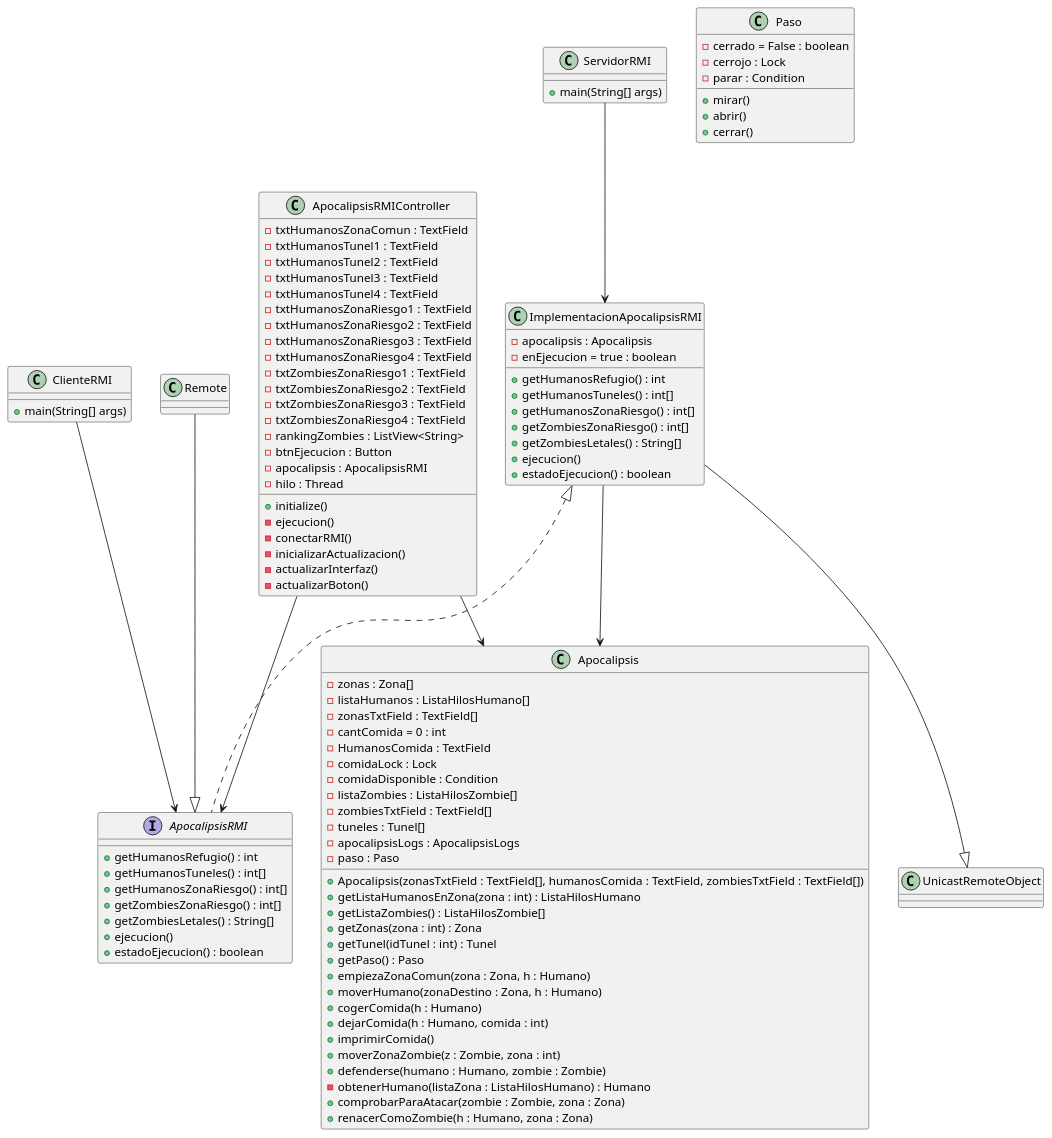
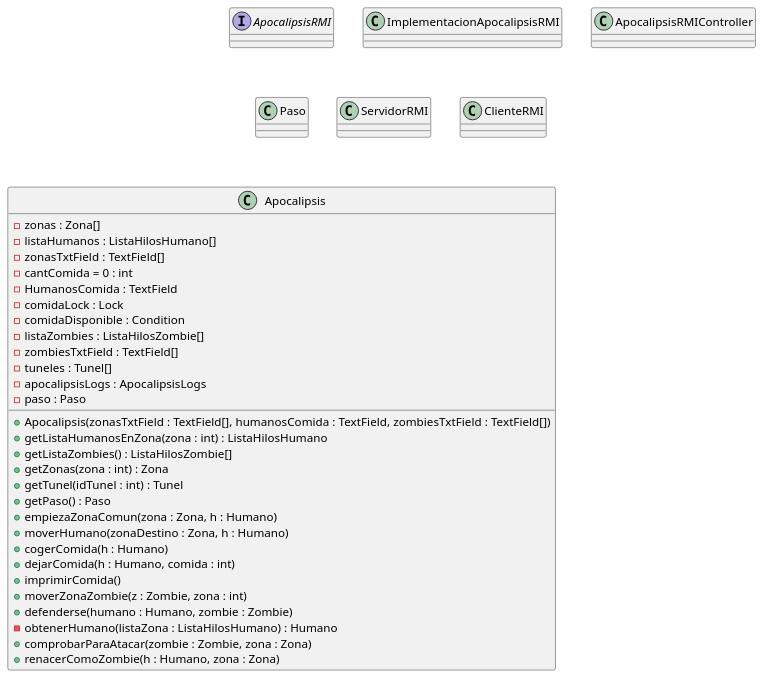
Before and after one commit to candelasanzm/PECL_CandelaSanz_Maria: the diagram in DiagramaDeClasesParte2.puml, drawn with PlantUML. The commit also changed 7 other files, not shown here.

```diff
--- a/DiagramaDeClasesParte2.puml
+++ b/DiagramaDeClasesParte2.puml
@@ -1,118 +1,50 @@
 @startuml
 'https://plantuml.com/class-diagram
 
 interface ApocalipsisRMI
 class ImplementacionApocalipsisRMI
 class ApocalipsisRMIController
 class Paso
 class ServidorRMI
 class ClienteRMI
 class Apocalipsis
 
-interface ApocalipsisRMI{
-+getHumanosRefugio() : int
-+getHumanosTuneles() : int[]
-+getHumanosZonaRiesgo() : int[]
-+getZombiesZonaRiesgo() : int[]
-+getZombiesLetales() : String[]
-+ejecucion()
-+estadoEjecucion() : boolean
-}
 
-class ImplementacionApocalipsisRMI{
--apocalipsis : Apocalipsis
--enEjecucion = true : boolean
-+getHumanosRefugio() : int
-+getHumanosTuneles() : int[]
-+getHumanosZonaRiesgo() : int[]
-+getZombiesZonaRiesgo() : int[]
-+getZombiesLetales() : String[]
-+ejecucion()
-+estadoEjecucion() : boolean
-}
 
-class ApocalipsisRMIController {
--txtHumanosZonaComun : TextField
--txtHumanosTunel1 : TextField
--txtHumanosTunel2 : TextField
--txtHumanosTunel3 : TextField
--txtHumanosTunel4 : TextField
--txtHumanosZonaRiesgo1 : TextField
--txtHumanosZonaRiesgo2 : TextField
--txtHumanosZonaRiesgo3 : TextField
--txtHumanosZonaRiesgo4 : TextField
--txtZombiesZonaRiesgo1 : TextField
--txtZombiesZonaRiesgo2 : TextField
--txtZombiesZonaRiesgo3 : TextField
--txtZombiesZonaRiesgo4 : TextField
--rankingZombies : ListView<String>
--btnEjecucion : Button
--apocalipsis : ApocalipsisRMI
--hilo : Thread
-+initialize()
--ejecucion()
--conectarRMI()
--inicializarActualizacion()
--actualizarInterfaz()
--actualizarBoton()
-}
 
-class Paso {
--cerrado = False : boolean
--cerrojo : Lock
--parar : Condition
-+mirar()
-+abrir()
-+cerrar()
-}
-
-class ServidorRMI {
-+main(String[] args)
-}
-
-class ClienteRMI {
-+main(String[] args)
-}
 
 class Apocalipsis{
 -zonas : Zona[]
 -listaHumanos : ListaHilosHumano[]
 -zonasTxtField : TextField[]
 -cantComida = 0 : int
 -HumanosComida : TextField
 -comidaLock : Lock
 -comidaDisponible : Condition
 -listaZombies : ListaHilosZombie[]
 -zombiesTxtField : TextField[]
 -tuneles : Tunel[]
 -apocalipsisLogs : ApocalipsisLogs
 -paso : Paso
 
 +Apocalipsis(zonasTxtField : TextField[], humanosComida : TextField, zombiesTxtField : TextField[])
 +getListaHumanosEnZona(zona : int) : ListaHilosHumano
 +getListaZombies() : ListaHilosZombie[]
 +getZonas(zona : int) : Zona
 +getTunel(idTunel : int) : Tunel
 +getPaso() : Paso
 +empiezaZonaComun(zona : Zona, h : Humano)
 +moverHumano(zonaDestino : Zona, h : Humano)
 +cogerComida(h : Humano)
 +dejarComida(h : Humano, comida : int)
 +imprimirComida()
 +moverZonaZombie(z : Zombie, zona : int)
 +defenderse(humano : Humano, zombie : Zombie)
 -obtenerHumano(listaZona : ListaHilosHumano) : Humano
 +comprobarParaAtacar(zombie : Zombie, zona : Zona)
 +renacerComoZombie(h : Humano, zona : Zona)
 }
 
-Remote --|> ApocalipsisRMI
-ImplementacionApocalipsisRMI --|> UnicastRemoteObject
-ImplementacionApocalipsisRMI <|.. ApocalipsisRMI
-ServidorRMI --> ImplementacionApocalipsisRMI
-ClienteRMI --> ApocalipsisRMI
-ApocalipsisRMIController --> ApocalipsisRMI
-ApocalipsisRMIController --> Apocalipsis
-ImplementacionApocalipsisRMI --> Apocalipsis
+
 
 @enduml
```
